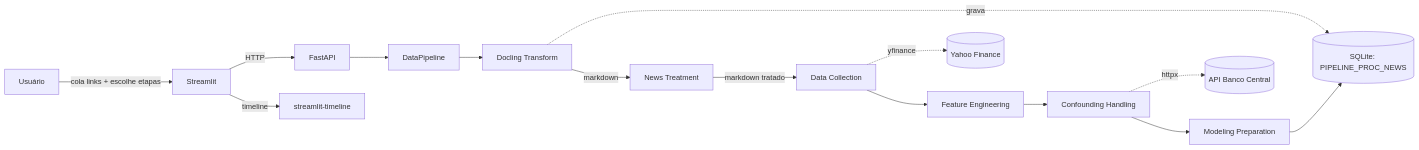
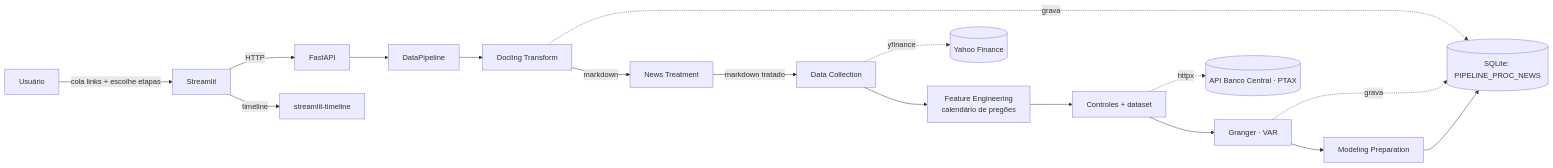
Before and after one commit to guilherme-henrique-silva/tcc: the diagram in README.md, drawn with Mermaid. The commit also changed other lines of this file and 66 other files, not shown here.

````diff
--- a/README.md
+++ b/README.md
@@ -51,17 +53,19 @@
 ```mermaid
 flowchart LR
     U[Usuário] -->|cola links + escolhe etapas| ST[Streamlit]
     ST -->|HTTP| API[FastAPI]
     API --> P[DataPipeline]
     P --> D[Docling Transform]
     D -->|markdown| T[News Treatment]
     T -->|markdown tratado| C[Data Collection]
-    C --> F[Feature Engineering]
-    F --> CF[Confounding Handling]
-    CF --> M[Modeling Preparation]
+    C --> F[Feature Engineering\ncalendário de pregões]
+    F --> CF[Controles + dataset]
+    CF --> G[Granger · VAR]
+    G --> M[Modeling Preparation]
     D -.grava.-> DB[(SQLite: PIPELINE_PROC_NEWS)]
-    CF -.->|httpx| BCB[(API Banco Central)]
+    CF -.->|httpx| BCB[(API Banco Central · PTAX)]
     C -.->|yfinance| YF[(Yahoo Finance)]
+    G -.grava.-> DB
     M --> DB
     ST -->|timeline| TL[streamlit-timeline]
 ```
````
